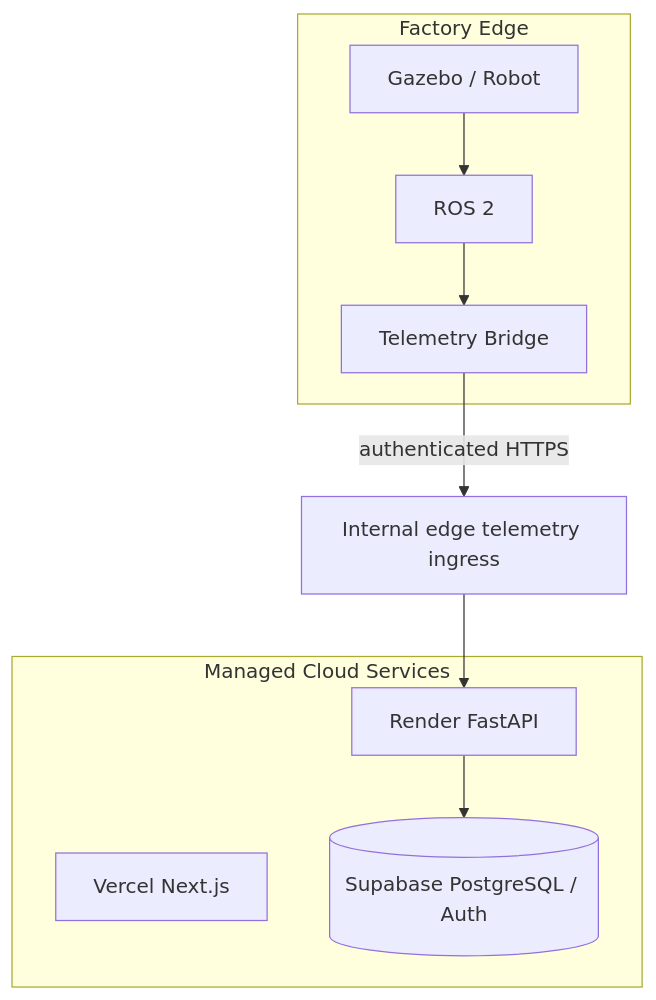
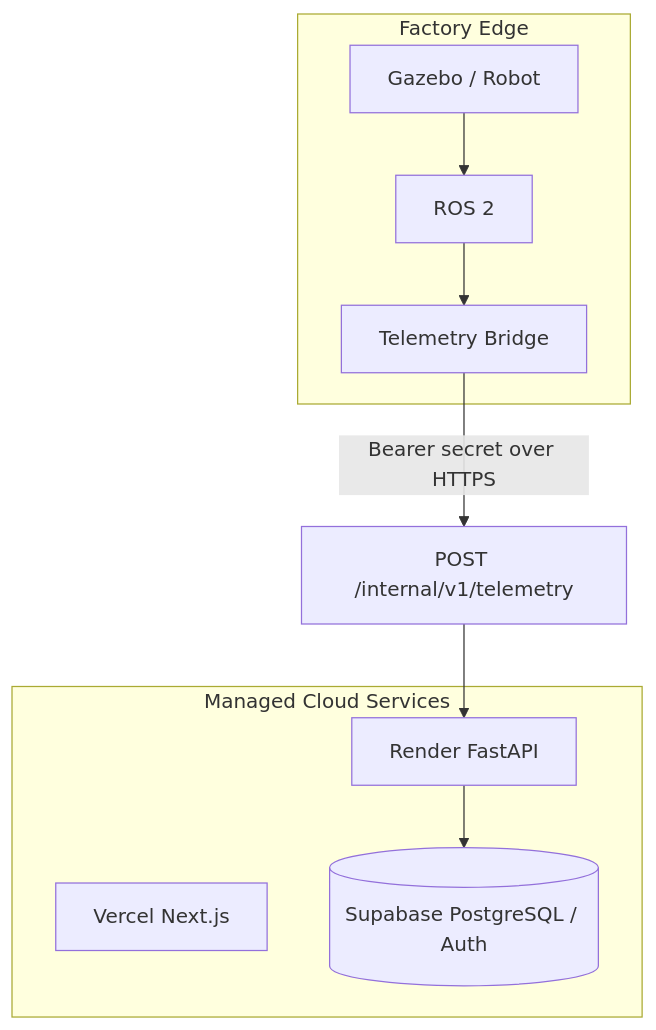
Diagram 14 of 14 in docs/architecture.md (HoangTuBangGia/EV-Factory-Twin), drawn with Mermaid before and after one commit. The commit also changed other lines of this file and 18 other files, not shown here.

Commit message:
feat: add authenticated edge telemetry ingress

````diff
--- a/docs/architecture.md
+++ b/docs/architecture.md
@@ -2315,23 +2315,23 @@
 ```mermaid
 flowchart TB
 
     subgraph CLOUD["Managed Cloud Services"]
         WEB[Vercel Next.js]
         API[Render FastAPI]
         DB[(Supabase PostgreSQL / Auth)]
 
         API --> DB
     end
 
     subgraph EDGE["Factory Edge"]
         ROS[ROS 2]
         BRIDGE[Telemetry Bridge]
         ROBOT[Gazebo / Robot]
 
         ROBOT --> ROS
         ROS --> BRIDGE
     end
 
-    BRIDGE -->|authenticated HTTPS| EDGEAPI[Internal edge telemetry ingress]
+    BRIDGE -->|Bearer secret over HTTPS| EDGEAPI[POST /internal/v1/telemetry]
     EDGEAPI --> API
 ```
````
